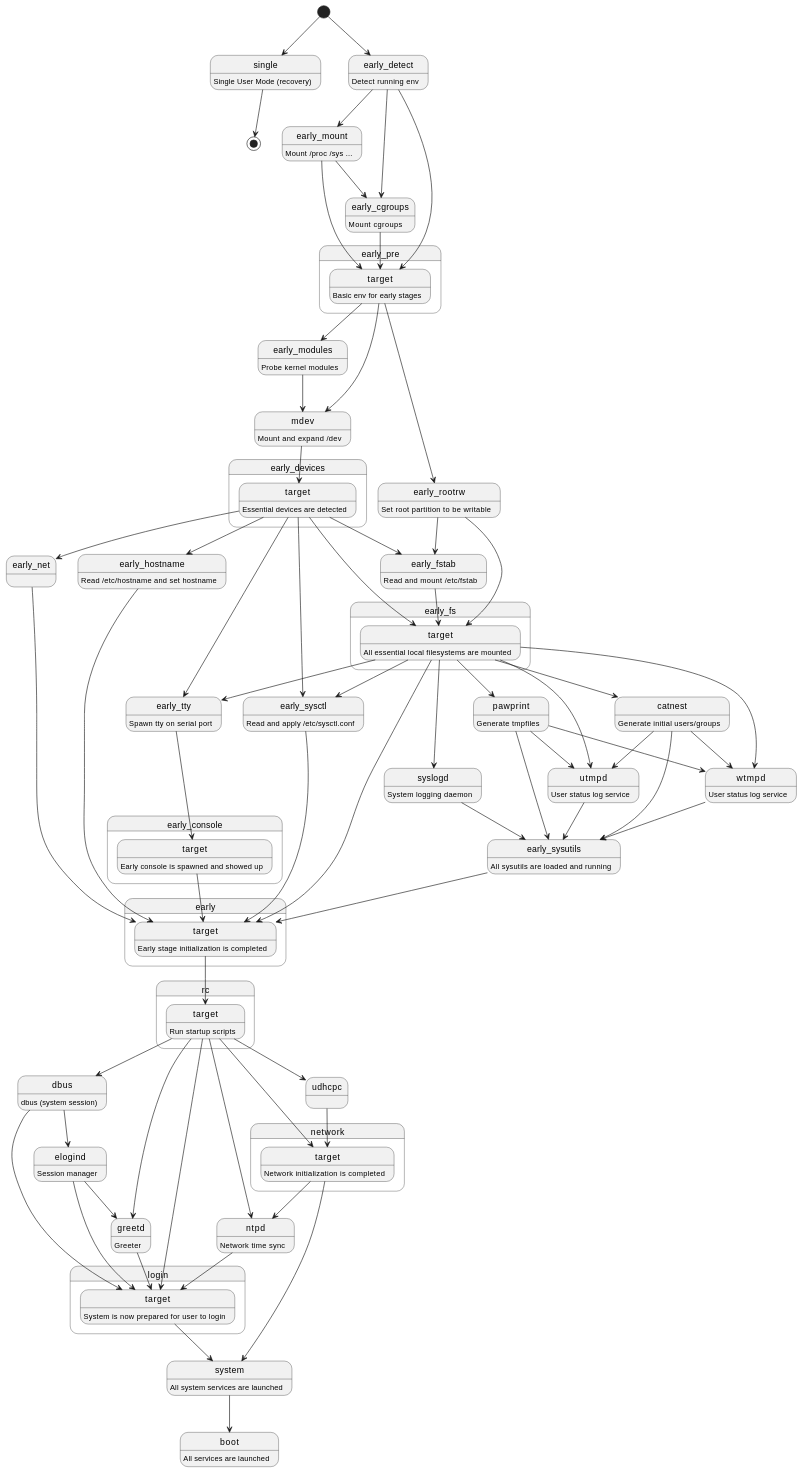
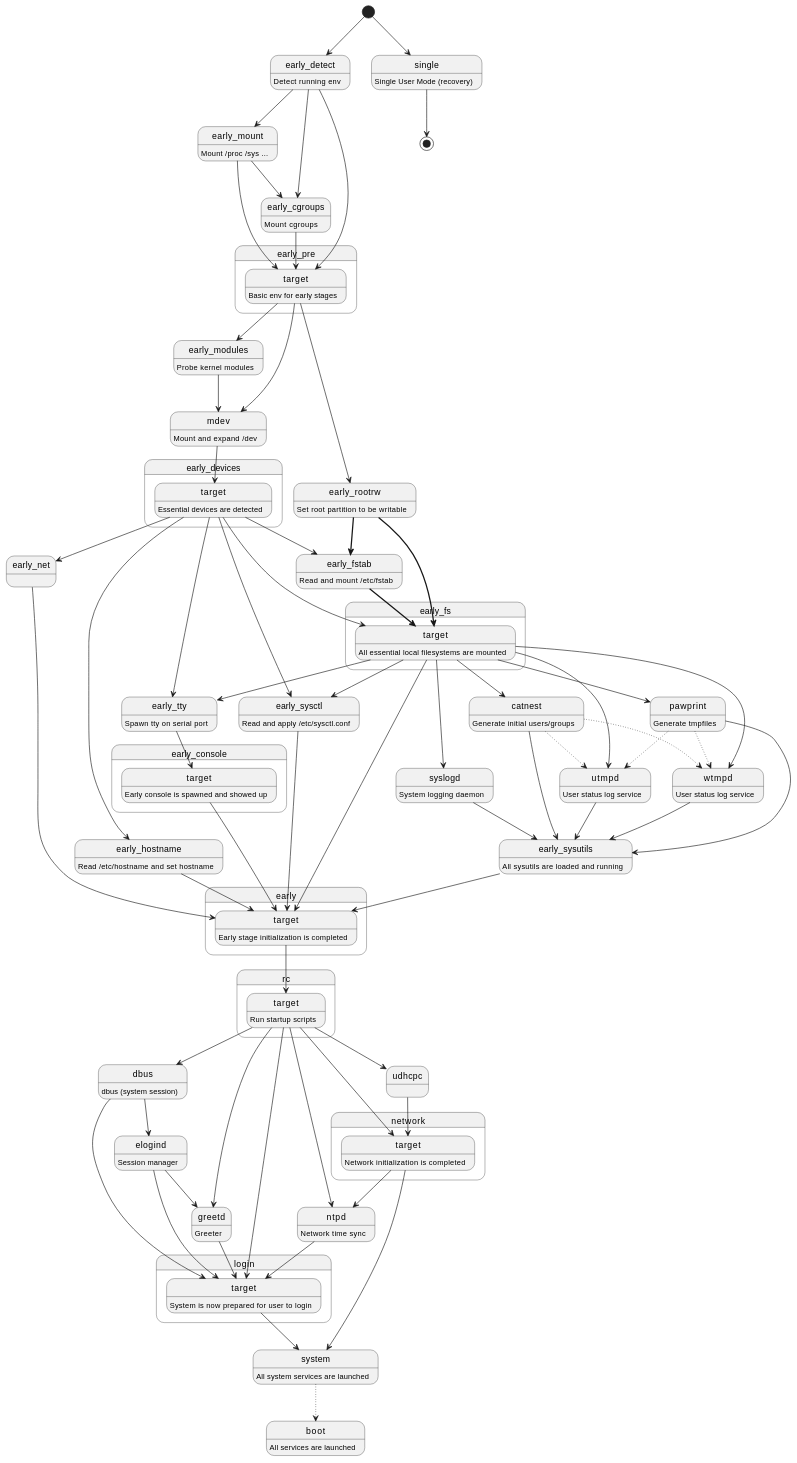
Before and after one commit to eweOS/wiki: the diagram in dev/topic/sysutils/dinit.md, drawn with PlantUML. The commit also changed other lines of this file, not shown here.

Commit message:
docs: update dev/topic/sysutils/dinit

```diff
--- a/dev/topic/sysutils/dinit.md
+++ b/dev/topic/sysutils/dinit.md
@@ -63,9 +63,9 @@
 early_devices.target --> early_hostname
 early_devices.target --> early_net
 early_devices.target --> early_fstab
-early_rootrw --> early_fstab
-early_rootrw --> early_fs.target
-early_fstab --> early_fs.target
+early_rootrw -[bold]-> early_fstab
+early_rootrw -[bold]-> early_fs.target
+early_fstab -[bold]-> early_fs.target
 early_devices.target --> early_fs.target
 early_fs.target --> syslogd
 early_fs.target --> pawprint
@@ -77,10 +77,10 @@
 early_fs.target --> catnest
 early_fs.target --> utmpd
 early_fs.target --> wtmpd
-catnest --> utmpd
-catnest --> wtmpd
-pawprint --> utmpd
-pawprint --> wtmpd
+catnest -[dotted]> utmpd
+catnest -[dotted]-> wtmpd
+pawprint -[dotted]-> utmpd
+pawprint -[dotted]-> wtmpd
 catnest --> early_sysutils
 pawprint --> early_sysutils
 syslogd --> early_sysutils
@@ -102,7 +102,7 @@
 ntpd --> login.target
 network.target --> system
 login.target --> system
-system --> boot
+system -[dotted]-> boot
 rc.target --> dbus
 dbus --> login.target
 dbus --> elogind
```
